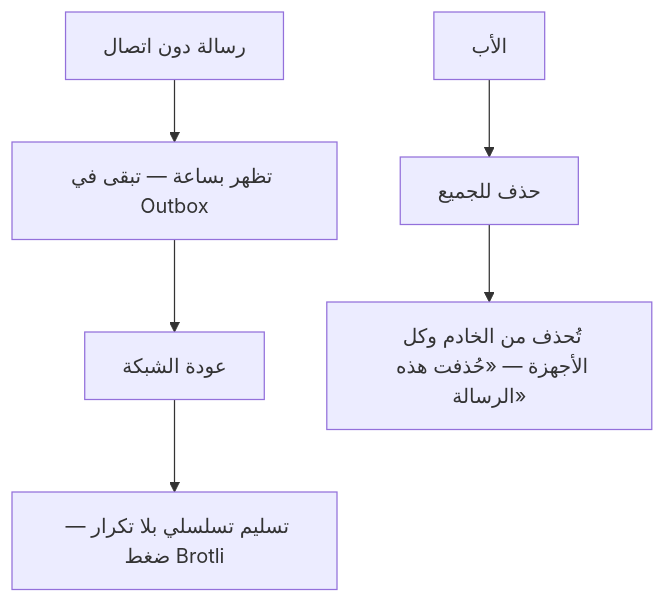
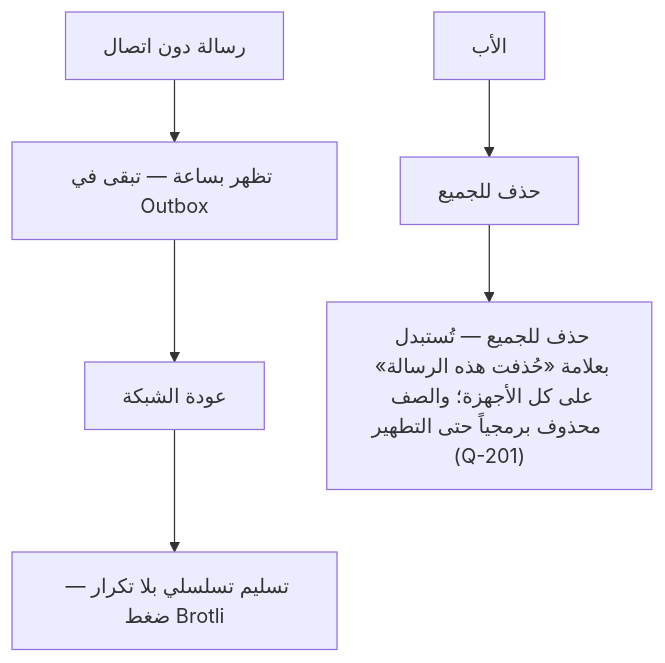
One commit to Bassam-mohammed-alqaeadi/family-os-v2 changed the third of 3 diagrams in docs/family-os/governance/phases/phase-1/S1-08-chat-basic/SPEC.md. Above: the diagram before and after it, drawn with Mermaid. The commit also changed other lines of this file and 1 other file, not shown here.

````diff
--- a/docs/family-os/governance/phases/phase-1/S1-08-chat-basic/SPEC.md
+++ b/docs/family-os/governance/phases/phase-1/S1-08-chat-basic/SPEC.md
@@ -85,8 +85,8 @@
 ```mermaid
 flowchart TD
     Offline[رسالة دون اتصال] --> Outbox[تظهر بساعة — تبقى في Outbox]
     Outbox --> Reconnect[عودة الشبكة]
     Reconnect --> Seq[تسليم تسلسلي بلا تكرار — ضغط Brotli]
     Father2[الأب] --> Del[حذف للجميع]
-    Del --> Gone["تُحذف من الخادم وكل الأجهزة — «حُذفت هذه الرسالة»"]
+    Del --> Gone["حذف للجميع — تُستبدل بعلامة «حُذفت هذه الرسالة» على كل الأجهزة؛ والصف محذوف برمجياً حتى التطهير (Q-201)"]
 ```
````
